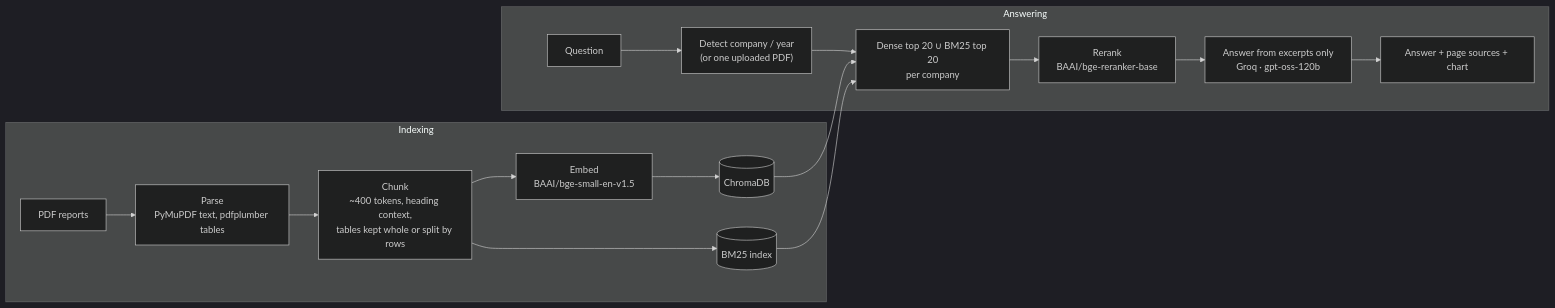
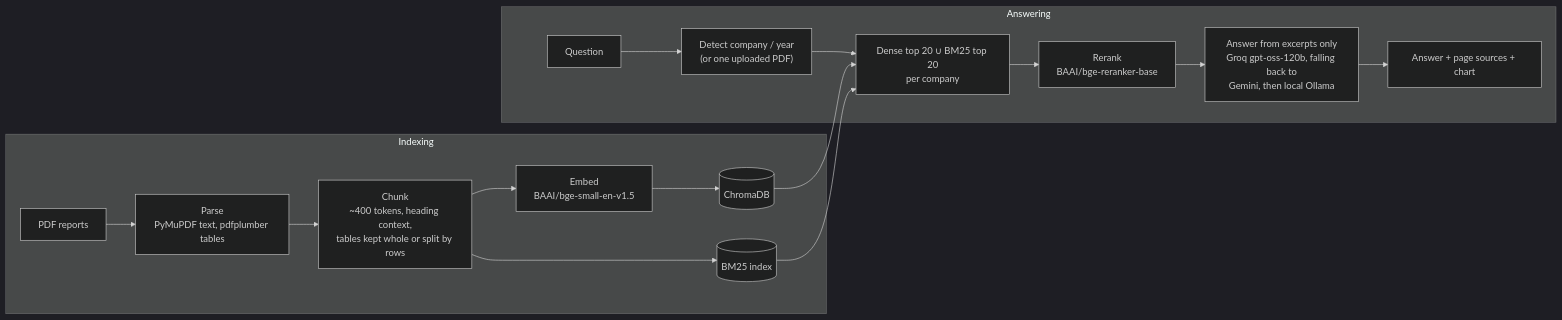
The diagram in README.md (Tilak-Patel-22/AskMyReport), drawn with Mermaid (dark theme) before and after one commit. The commit also changed other lines of this file and 11 other files, not shown here.

````diff
--- a/README.md
+++ b/README.md
@@ -53,19 +57,19 @@
 ```mermaid
 flowchart LR
   subgraph Indexing
     P[PDF reports] --> X["Parse<br/>PyMuPDF text, pdfplumber tables"]
     X --> C["Chunk<br/>~400 tokens, heading context,<br/>tables kept whole or split by rows"]
     C --> E["Embed<br/>BAAI/bge-small-en-v1.5"]
     E --> V[(ChromaDB)]
     C --> B[(BM25 index)]
   end
   subgraph Answering
     Q[Question] --> D["Detect company / year<br/>(or one uploaded PDF)"]
     D --> R["Dense top 20 ∪ BM25 top 20<br/>per company"]
     V --> R
     B --> R
     R --> K["Rerank<br/>BAAI/bge-reranker-base"]
-    K --> G["Answer from excerpts only<br/>Groq · gpt-oss-120b"]
+    K --> G["Answer from excerpts only<br/>Groq gpt-oss-120b, falling back to<br/>Gemini, then local Ollama"]
     G --> A["Answer + page sources + chart"]
   end
 ```
````
